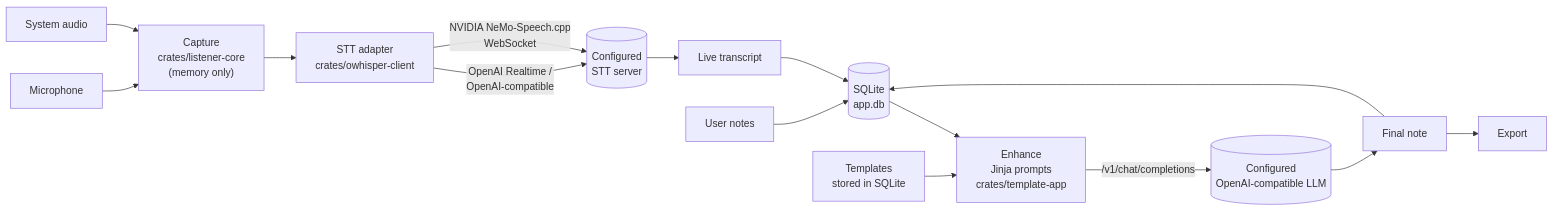
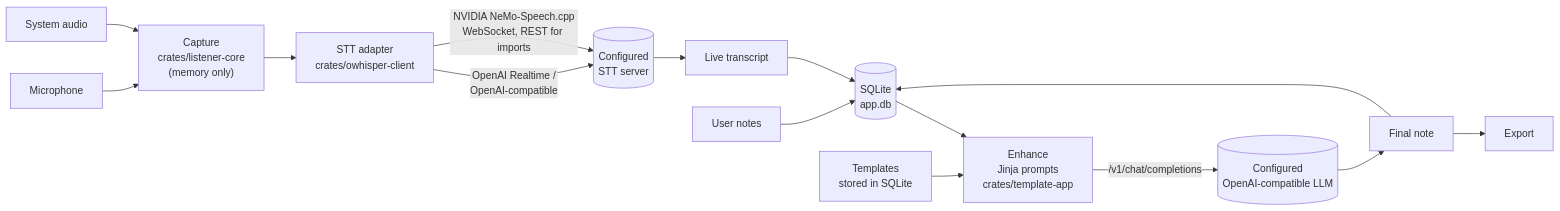
The diagram in docs/en/architecture.mdx (WillIsback/Syntheo), drawn with Mermaid before and after one commit. The commit also changed other lines of this file and 146 other files, not shown here.

````diff
--- a/docs/en/architecture.mdx
+++ b/docs/en/architecture.mdx
@@ -27,17 +27,17 @@
 ```mermaid
 flowchart LR
     MIC[Microphone] --> CAP
     SYS[System audio] --> CAP
     CAP["Capture<br/>crates/listener-core<br/>(memory only)"] --> STT
     STT["STT adapter<br/>crates/owhisper-client"] -->|OpenAI Realtime /<br/>OpenAI-compatible| SRV1[(Configured<br/>STT server)]
-    STT -->|NVIDIA NeMo-Speech.cpp<br/>WebSocket| SRV1
+    STT -->|NVIDIA NeMo-Speech.cpp<br/>WebSocket, REST for imports| SRV1
     SRV1 --> LIVE[Live transcript]
     LIVE --> DB[(SQLite<br/>app.db)]
     NOTES[User notes] --> DB
     DB --> ENH["Enhance<br/>Jinja prompts<br/>crates/template-app"]
     TPL[Templates<br/>stored in SQLite] --> ENH
     ENH -->|/v1/chat/completions| LLM[(Configured<br/>OpenAI-compatible LLM)]
     LLM --> FINAL[Final note]
     FINAL --> DB
     FINAL --> EXP[Export]
 ```
````
